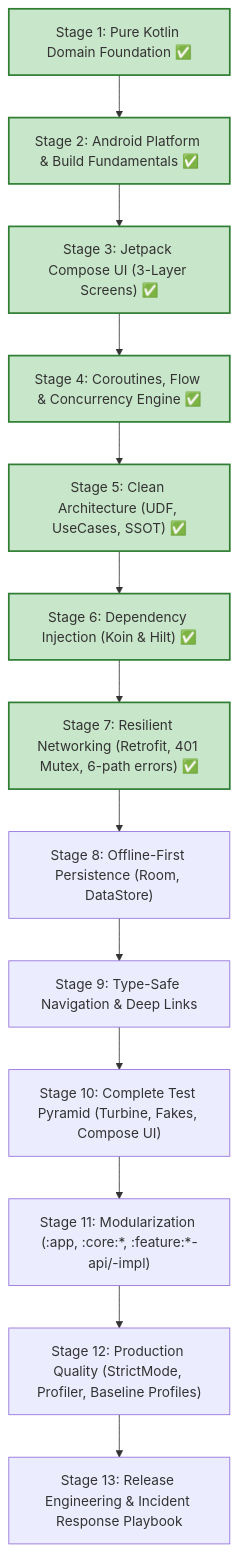
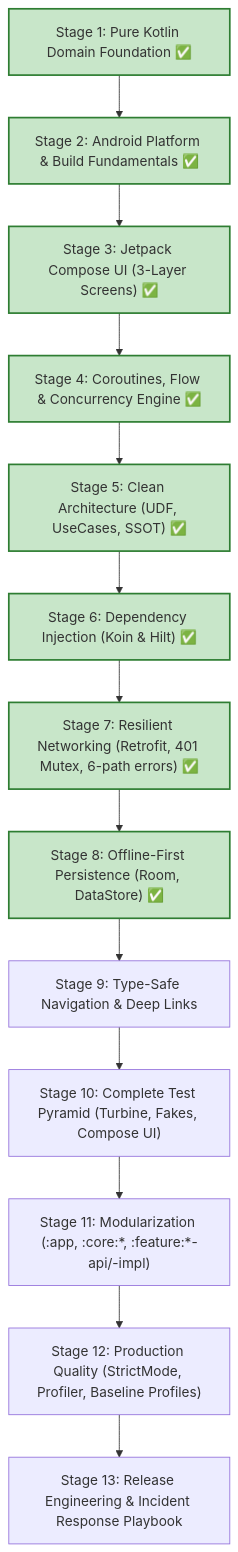
One commit to rohitlavate97/android-development changed the diagram in enterprise-finance-tracker-real-time-app/README.md. Above: the diagram before and after it, drawn with Mermaid. The commit also changed other lines of this file and 15 other files, not shown here.

Commit message:
feat(stage-8): Implement local persistence with Room database, DAOs, TypeConverters, Preferences DataStore, and offline-first SSOT repository

````diff
--- a/enterprise-finance-tracker-real-time-app/README.md
+++ b/enterprise-finance-tracker-real-time-app/README.md
@@ -21,23 +21,24 @@
 ```mermaid
 graph TD
     S01["Stage 1: Pure Kotlin Domain Foundation ✅"] --> S02["Stage 2: Android Platform & Build Fundamentals ✅"]
     S02 --> S03["Stage 3: Jetpack Compose UI (3-Layer Screens) ✅"]
     S03 --> S04["Stage 4: Coroutines, Flow & Concurrency Engine ✅"]
     S04 --> S05["Stage 5: Clean Architecture (UDF, UseCases, SSOT) ✅"]
     S05 --> S06["Stage 6: Dependency Injection (Koin & Hilt) ✅"]
     S06 --> S07["Stage 7: Resilient Networking (Retrofit, 401 Mutex, 6-path errors) ✅"]
-    S07 --> S08["Stage 8: Offline-First Persistence (Room, DataStore)"]
+    S07 --> S08["Stage 8: Offline-First Persistence (Room, DataStore) ✅"]
     S08 --> S09["Stage 9: Type-Safe Navigation & Deep Links"]
     S09 --> S10["Stage 10: Complete Test Pyramid (Turbine, Fakes, Compose UI)"]
     S10 --> S11["Stage 11: Modularization (:app, :core:*, :feature:*-api/-impl)"]
     S11 --> S12["Stage 12: Production Quality (StrictMode, Profiler, Baseline Profiles)"]
     S12 --> S13["Stage 13: Release Engineering & Incident Response Playbook"]
 
     style S01 fill:#c8e6c9,stroke:#2e7d32,stroke-width:2px
     style S02 fill:#c8e6c9,stroke:#2e7d32,stroke-width:2px
     style S03 fill:#c8e6c9,stroke:#2e7d32,stroke-width:2px
     style S04 fill:#c8e6c9,stroke:#2e7d32,stroke-width:2px
     style S05 fill:#c8e6c9,stroke:#2e7d32,stroke-width:2px
     style S06 fill:#c8e6c9,stroke:#2e7d32,stroke-width:2px
     style S07 fill:#c8e6c9,stroke:#2e7d32,stroke-width:2px
+    style S08 fill:#c8e6c9,stroke:#2e7d32,stroke-width:2px
 ```
````
